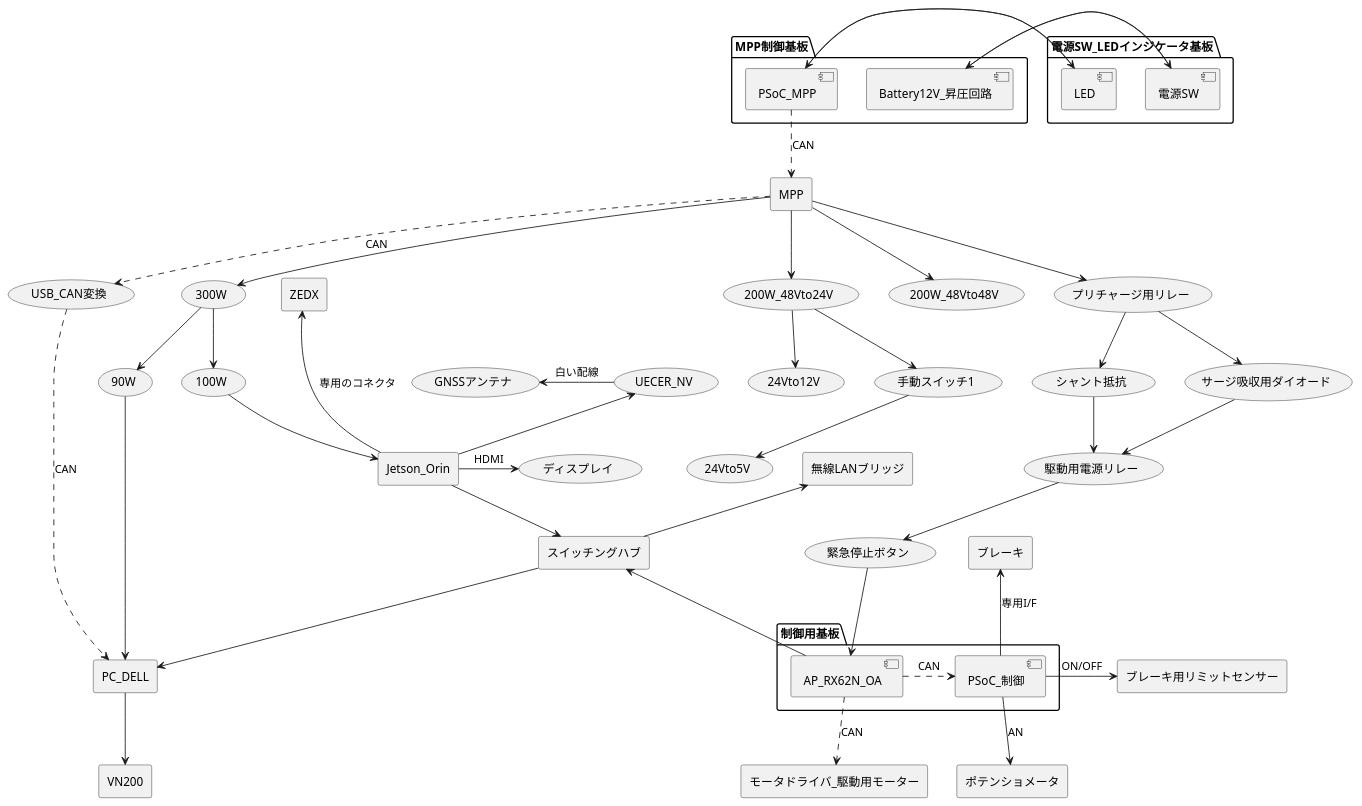
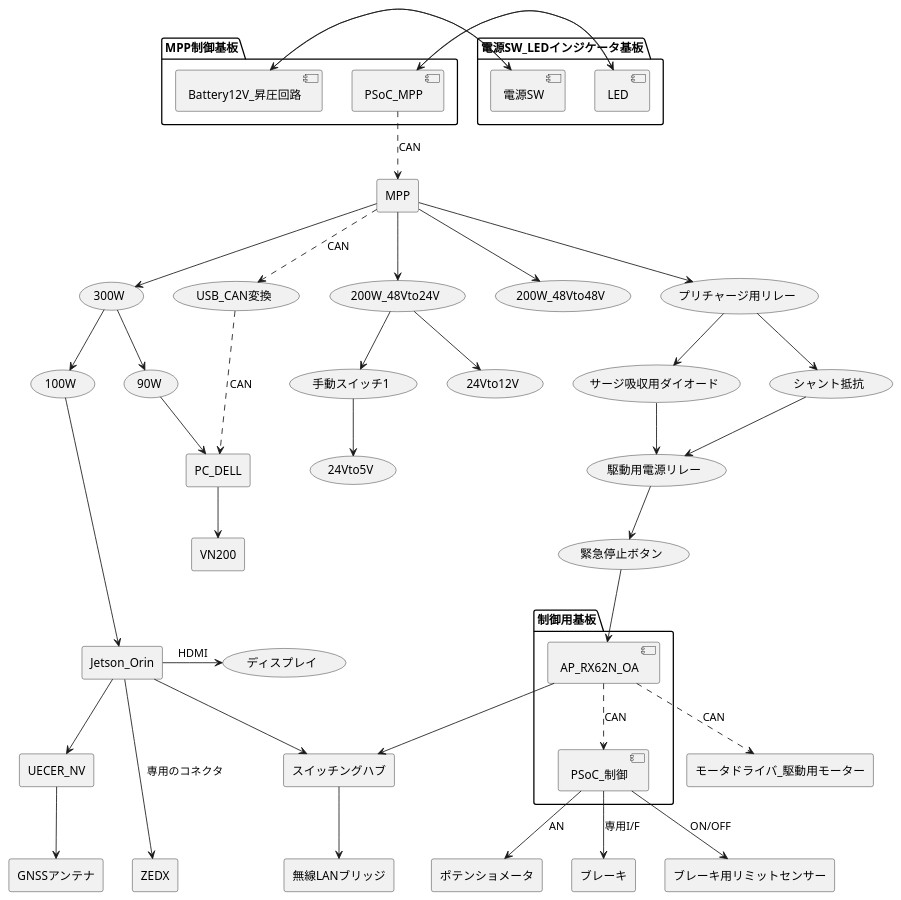
Before and after one commit to kyo0221/git_memo: the diagram in plantUML/hoge.pu, drawn with PlantUML.

Commit message:
🎨style: フォーマットや構造改善

```diff
--- a/plantUML/hoge.pu
+++ b/plantUML/hoge.pu
@@ -2,93 +2,92 @@
 @startuml hoge
 agent Jetson_Orin
 agent ZEDX
 agent VN200
 agent ポテンショメータ
 agent スイッチングハブ
 agent 無線LANブリッジ
 agent ブレーキ
 agent ブレーキ用リミットセンサー
 agent モータドライバ_駆動用モーター
 agent PC_DELL
+agent GNSSアンテナ
+agent UECER_NV
 
 agent 制御用基板
 agent MPP制御基板
 agent 電源SW_LEDインジケータ基板
 agent MPP
 
-(GNSSアンテナ)
-(UECER_NV)
 (ディスプレイ)
 
-Jetson_Orin --up-> ZEDX:専用のコネクタ
-Jetson_Orin -up-> (UECER_NV)
-(UECER_NV) -left-> (GNSSアンテナ):白い配線
+Jetson_Orin ---> ZEDX:専用のコネクタ
+Jetson_Orin --> UECER_NV
+UECER_NV --> GNSSアンテナ
 Jetson_Orin -> (ディスプレイ):HDMI
 
 Jetson_Orin --> スイッチングハブ
 
-スイッチングハブ -up-> 無線LANブリッジ
-スイッチングハブ -down-> PC_DELL
+スイッチングハブ --> 無線LANブリッジ
 
 PC_DELL --> VN200
 
 package "制御用基板" {
     [AP_RX62N_OA]
     [PSoC_制御]
 }
 
-AP_RX62N_OA .right.> PSoC_制御:CAN
-AP_RX62N_OA .down.> モータドライバ_駆動用モーター:CAN
-AP_RX62N_OA -left-> スイッチングハブ
+AP_RX62N_OA ..> PSoC_制御:CAN
+AP_RX62N_OA ..> モータドライバ_駆動用モーター:CAN
+AP_RX62N_OA --> スイッチングハブ
 
-PSoC_制御 -down-> ポテンショメータ:AN
-PSoC_制御 -up-> ブレーキ:専用I/F
-PSoC_制御 -right-> ブレーキ用リミットセンサー:ON/OFF
+PSoC_制御 --> ポテンショメータ:AN
+PSoC_制御 --> ブレーキ:専用I/F
+PSoC_制御 --> ブレーキ用リミットセンサー:ON/OFF
 
 package "MPP制御基板" {
     [Battery12V_昇圧回路]
     [PSoC_MPP]
 }
 
 package "電源SW_LEDインジケータ基板"{
     [電源SW]
     [LED]
 }
 
 PSoC_MPP -> LED
 LED -> PSoC_MPP
 
 電源SW -> Battery12V_昇圧回路
 Battery12V_昇圧回路 -> 電源SW
 
 PSoC_MPP ..> MPP:CAN
 
 MPP --> (300W)
 MPP ..> (USB_CAN変換):CAN
 MPP --> (200W_48Vto24V)
 MPP --> (200W_48Vto48V)
 MPP --> (プリチャージ用リレー)
 
 (プリチャージ用リレー) --> (シャント抵抗)
 (プリチャージ用リレー) --> (サージ吸収用ダイオード)
 (シャント抵抗) -->  (駆動用電源リレー)
 (サージ吸収用ダイオード) --> (駆動用電源リレー)
 
 (駆動用電源リレー) --> (緊急停止ボタン)
 (緊急停止ボタン) --> AP_RX62N_OA
 
 (200W_48Vto24V) --> (24Vto12V)
 (200W_48Vto24V) --> (手動スイッチ1)
 (手動スイッチ1) --> (24Vto5V)
 
 (300W) --> (90W)
 (300W) --> (100W)
 
 (90W) --> PC_DELL
 (100W) --> Jetson_Orin
 
 (USB_CAN変換) ..> PC_DELL:CAN
 
 
 
 @enduml
```
